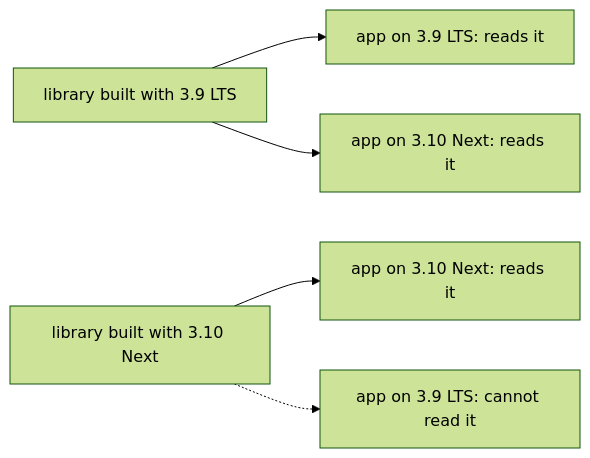
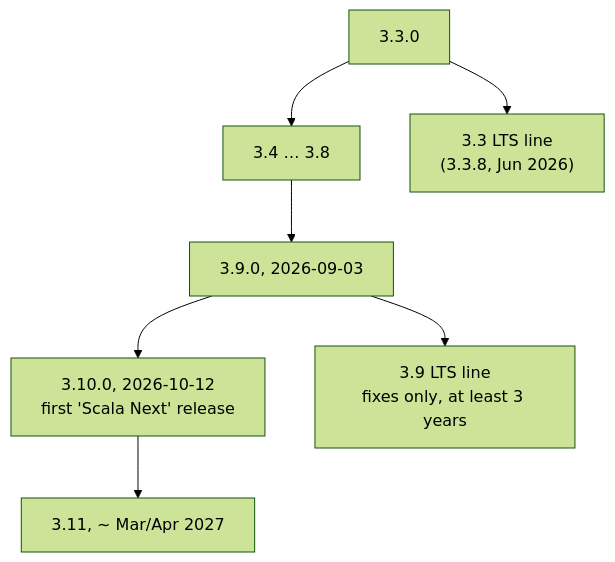
The diagram in dojo/lessons/assets/2026-10-13-2-2.mmd (yurii-mysak/scala-training-docs), drawn with Mermaid (forest theme) before and after one commit. The commit also changed 44 other files, not shown here.

First line of the commit message:
dojo: reviewer fixes (legible top-down diagrams, log axes, reproducible timings, licence and citation corrections); asset map tracks content hashes

```diff
--- a/dojo/lessons/assets/2026-10-13-2-2.mmd
+++ b/dojo/lessons/assets/2026-10-13-2-2.mmd
@@ -1,5 +1,5 @@
-flowchart LR
-  L39["library built with 3.9 LTS"] --> A39["app on 3.9 LTS: reads it"]
-  L39 --> A310["app on 3.10 Next: reads it"]
-  L310["library built with 3.10 Next"] --> B310["app on 3.10 Next: reads it"]
-  L310 -.-> B39["app on 3.9 LTS: cannot read it"]
+flowchart TD
+  N33["3.3.0"] --> N38["3.4 … 3.8"] --> N39["3.9.0, 2026-09-03"]
+  N39 --> N310["3.10.0, 2026-10-12<br/>first 'Scala Next' release"] --> N311["3.11, ~ Mar/Apr 2027"]
+  N33 --> L33["3.3 LTS line<br/>(3.3.8, Jun 2026)"]
+  N39 --> L39["3.9 LTS line<br/>fixes only, at least 3 years"]
```
